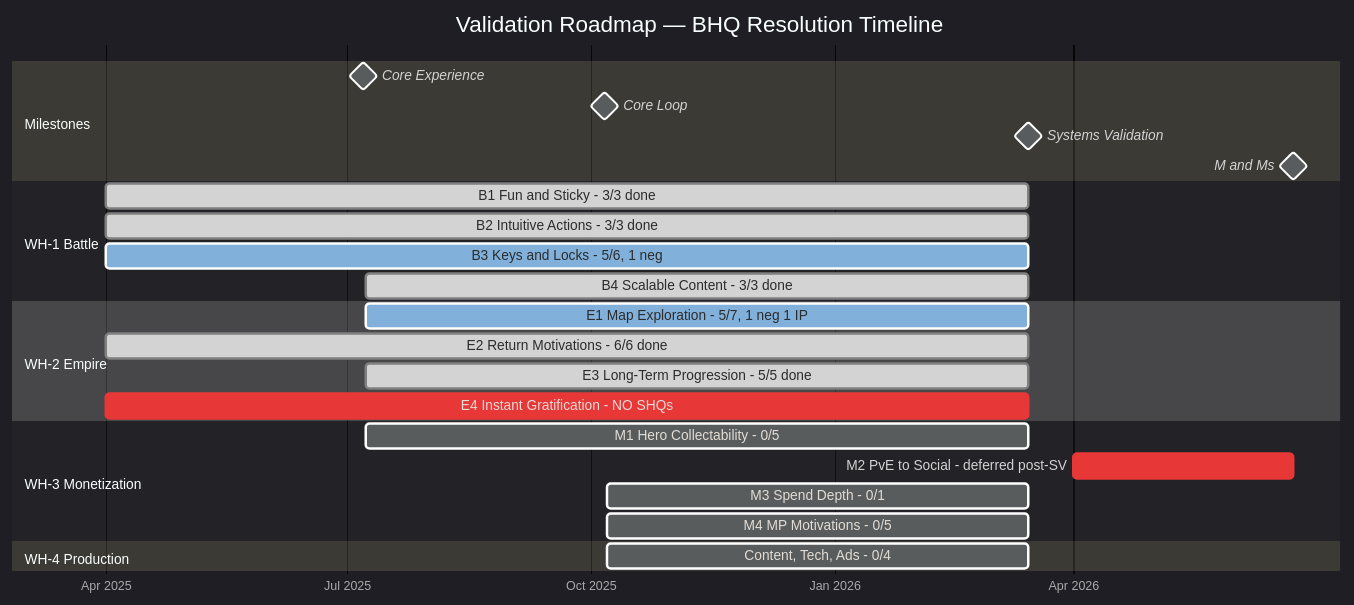
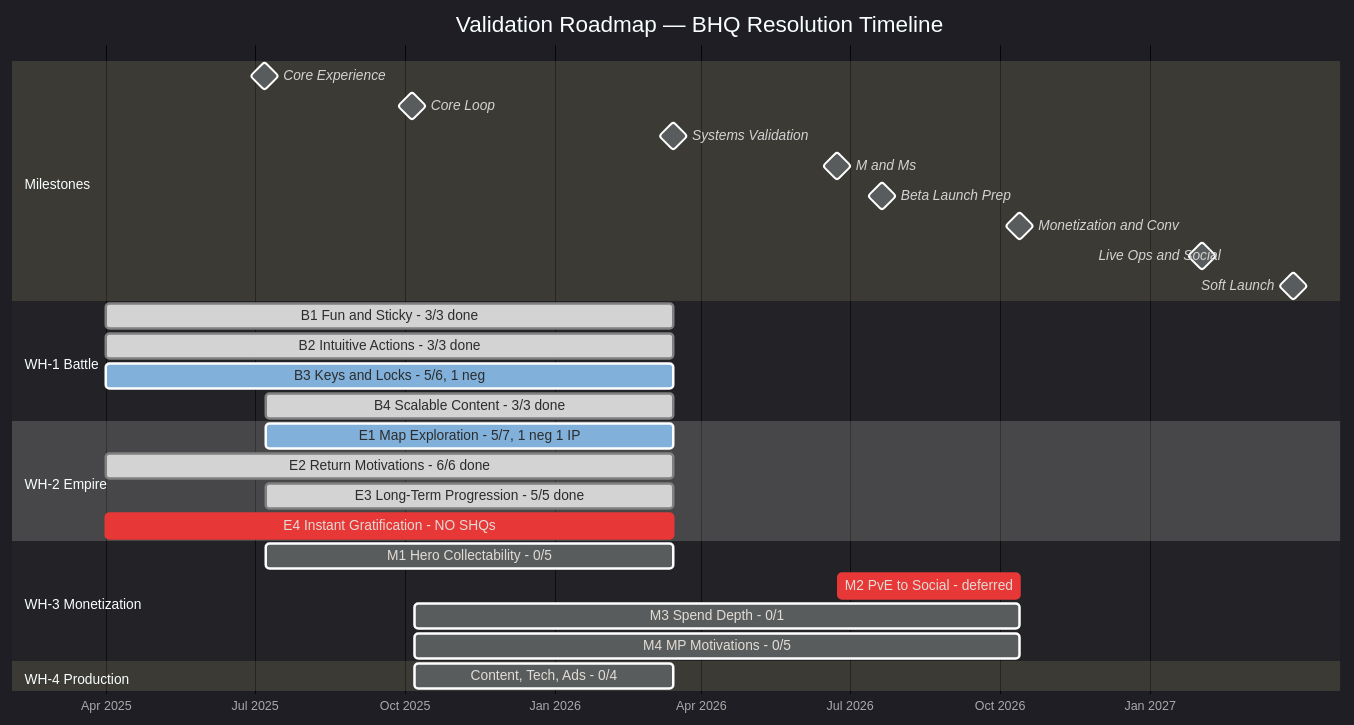
Before and after one commit to timwilliams-prod/proj-chimera-documentation-brain: the first of 2 diagrams in planning/ValidationRoadmap.md, drawn with Mermaid. The commit also changed other lines of this file and 1 other file, not shown here.

Commit message:
validation roadmap updates

````diff
--- a/planning/ValidationRoadmap.md
+++ b/planning/ValidationRoadmap.md
@@ -44,35 +59,39 @@
 ```mermaid
 %%{init: {'theme': 'dark'}}%%
 gantt
     title Validation Roadmap — BHQ Resolution Timeline
     dateFormat YYYY-MM-DD
     axisFormat %b %Y
     tickInterval 3month
 
     section Milestones
     Core Experience           :milestone, 2025-07-07, 0d
     Core Loop                 :milestone, 2025-10-06, 0d
     Systems Validation        :milestone, 2026-03-15, 0d
     M and Ms                  :milestone, 2026-06-23, 0d
+    Beta Launch Prep          :milestone, 2026-07-21, 0d
+    Monetization and Conv     :milestone, 2026-10-13, 0d
+    Live Ops and Social       :milestone, 2027-02-02, 0d
+    Soft Launch               :milestone, 2027-03-30, 0d
 
     section WH-1 Battle
     B1 Fun and Sticky - 3/3 done          :done, 2025-04-01, 2026-03-15
     B2 Intuitive Actions - 3/3 done       :done, 2025-04-01, 2026-03-15
     B3 Keys and Locks - 5/6, 1 neg        :active, 2025-04-01, 2026-03-15
     B4 Scalable Content - 3/3 done        :done, 2025-07-08, 2026-03-15
 
     section WH-2 Empire
     E1 Map Exploration - 5/7, 1 neg 1 IP  :active, 2025-07-08, 2026-03-15
     E2 Return Motivations - 6/6 done      :done, 2025-04-01, 2026-03-15
     E3 Long-Term Progression - 5/5 done   :done, 2025-07-08, 2026-03-15
     E4 Instant Gratification - NO SHQs    :crit, 2025-04-01, 2026-03-15
 
     section WH-3 Monetization
     M1 Hero Collectability - 0/5          :2025-07-08, 2026-03-15
-    M2 PvE to Social - deferred post-SV   :crit, 2026-04-01, 2026-06-23
-    M3 Spend Depth - 0/1                  :2025-10-07, 2026-03-15
-    M4 MP Motivations - 0/5              :2025-10-07, 2026-03-15
+    M2 PvE to Social - deferred           :crit, 2026-06-24, 2026-10-13
+    M3 Spend Depth - 0/1                  :2025-10-07, 2026-10-13
+    M4 MP Motivations - 0/5              :2025-10-07, 2026-10-13
 
     section WH-4 Production
     Content, Tech, Ads - 0/4              :2025-10-07, 2026-03-15
 ```
````
